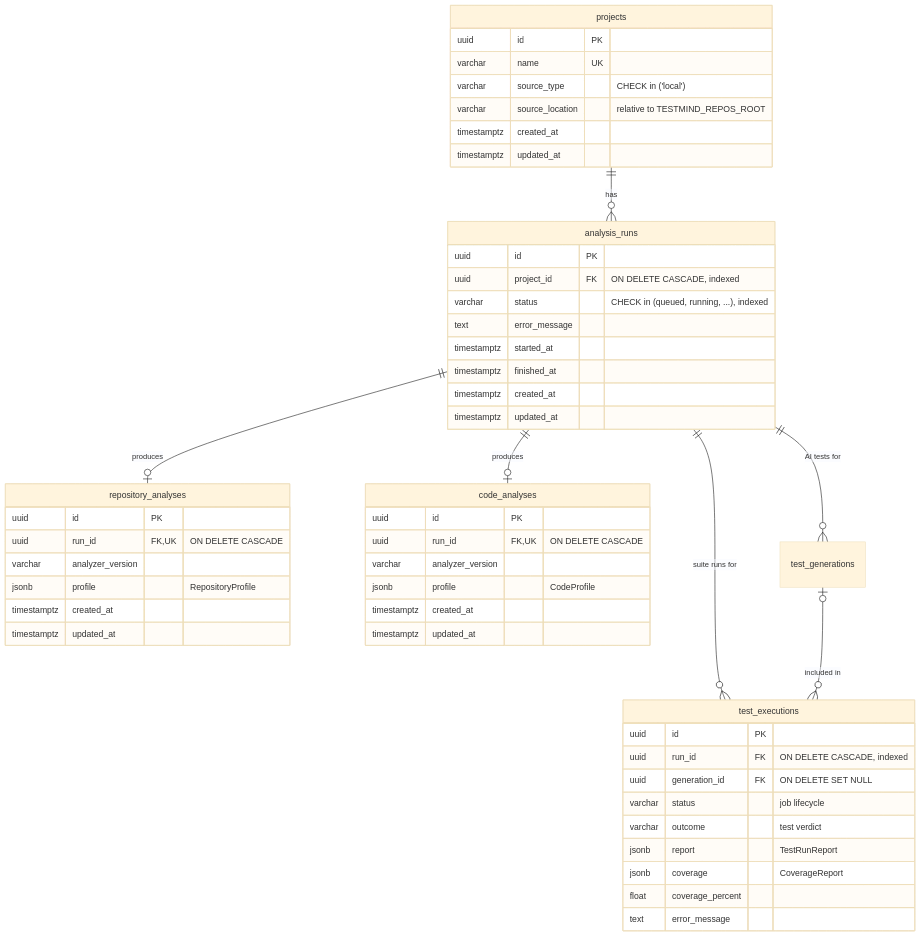
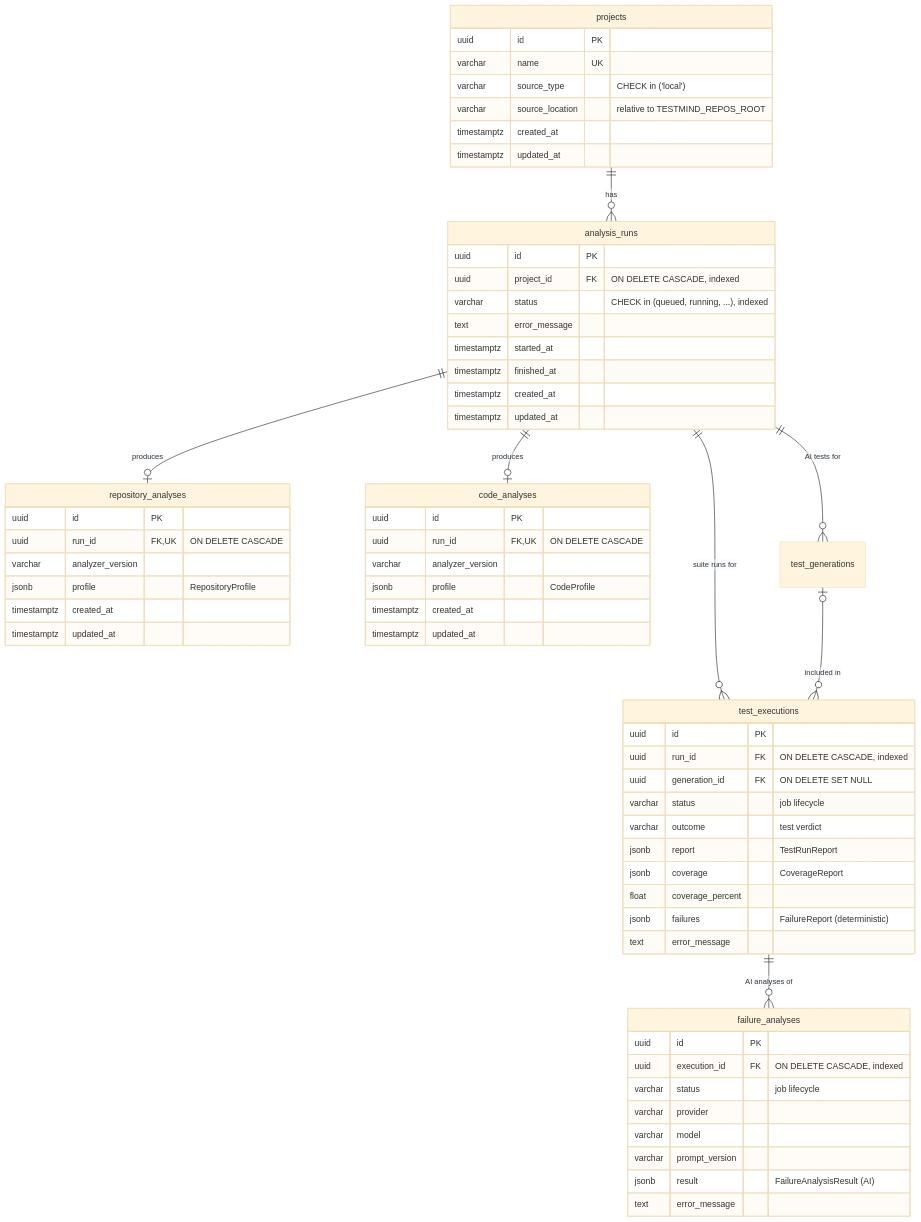
Before and after one commit to AAli-gh/AI-Powered-Software-Testing-Platform: the fourth of 4 diagrams in docs/architecture.md, drawn with Mermaid (base theme). The commit also changed other lines of this file and 70 other files, not shown here.

````diff
--- a/docs/architecture.md
+++ b/docs/architecture.md
@@ -130,54 +130,66 @@
 ```mermaid
 erDiagram
     projects ||--o{ analysis_runs : has
     analysis_runs ||--o| repository_analyses : produces
     analysis_runs ||--o| code_analyses : produces
     analysis_runs ||--o{ test_generations : "AI tests for"
     analysis_runs ||--o{ test_executions : "suite runs for"
     test_generations |o--o{ test_executions : "included in"
+    test_executions ||--o{ failure_analyses : "AI analyses of"
     projects {
         uuid id PK
         varchar name UK
         varchar source_type "CHECK in ('local')"
         varchar source_location "relative to TESTMIND_REPOS_ROOT"
         timestamptz created_at
         timestamptz updated_at
     }
     analysis_runs {
         uuid id PK
         uuid project_id FK "ON DELETE CASCADE, indexed"
         varchar status "CHECK in (queued, running, ...), indexed"
         text error_message
         timestamptz started_at
         timestamptz finished_at
         timestamptz created_at
         timestamptz updated_at
     }
     repository_analyses {
         uuid id PK
         uuid run_id FK,UK "ON DELETE CASCADE"
         varchar analyzer_version
         jsonb profile "RepositoryProfile"
         timestamptz created_at
         timestamptz updated_at
     }
     code_analyses {
         uuid id PK
         uuid run_id FK,UK "ON DELETE CASCADE"
         varchar analyzer_version
         jsonb profile "CodeProfile"
         timestamptz created_at
         timestamptz updated_at
     }
     test_executions {
         uuid id PK
         uuid run_id FK "ON DELETE CASCADE, indexed"
         uuid generation_id FK "ON DELETE SET NULL"
         varchar status "job lifecycle"
         varchar outcome "test verdict"
         jsonb report "TestRunReport"
         jsonb coverage "CoverageReport"
         float coverage_percent
+        jsonb failures "FailureReport (deterministic)"
+        text error_message
+    }
+    failure_analyses {
+        uuid id PK
+        uuid execution_id FK "ON DELETE CASCADE, indexed"
+        varchar status "job lifecycle"
+        varchar provider
+        varchar model
+        varchar prompt_version
+        jsonb result "FailureAnalysisResult (AI)"
         text error_message
     }
 ```
````
